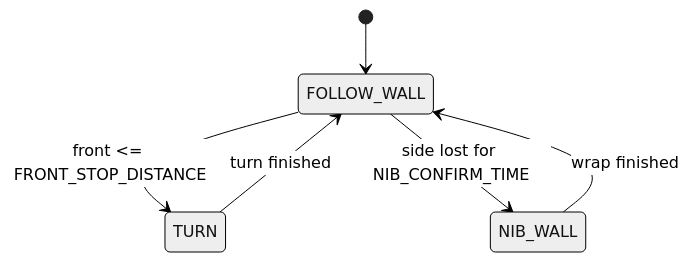
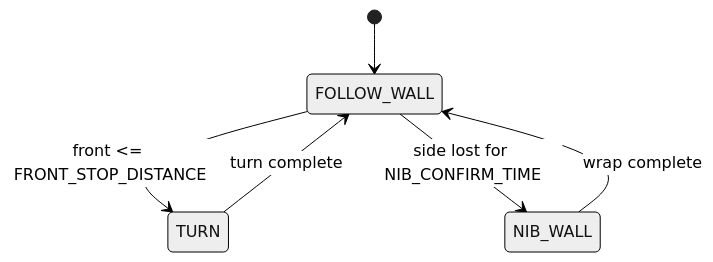
One commit to TempeHS/RP2040_Competition_Robot changed the diagram in docs/Challenge_5.md. Above: the diagram before and after it, drawn with Mermaid (neutral theme). The commit also changed other lines of this file and 14 other files, not shown here.

````diff
--- a/docs/Challenge_5.md
+++ b/docs/Challenge_5.md
@@ -44,8 +42,8 @@
 ```mermaid
 stateDiagram-v2
     [*] --> FOLLOW_WALL
     FOLLOW_WALL --> TURN: front <= FRONT_STOP_DISTANCE
     FOLLOW_WALL --> NIB_WALL: side lost for NIB_CONFIRM_TIME
-    TURN --> FOLLOW_WALL: turn finished
-    NIB_WALL --> FOLLOW_WALL: wrap finished
+    TURN --> FOLLOW_WALL: turn complete
+    NIB_WALL --> FOLLOW_WALL: wrap complete
 ```
````
